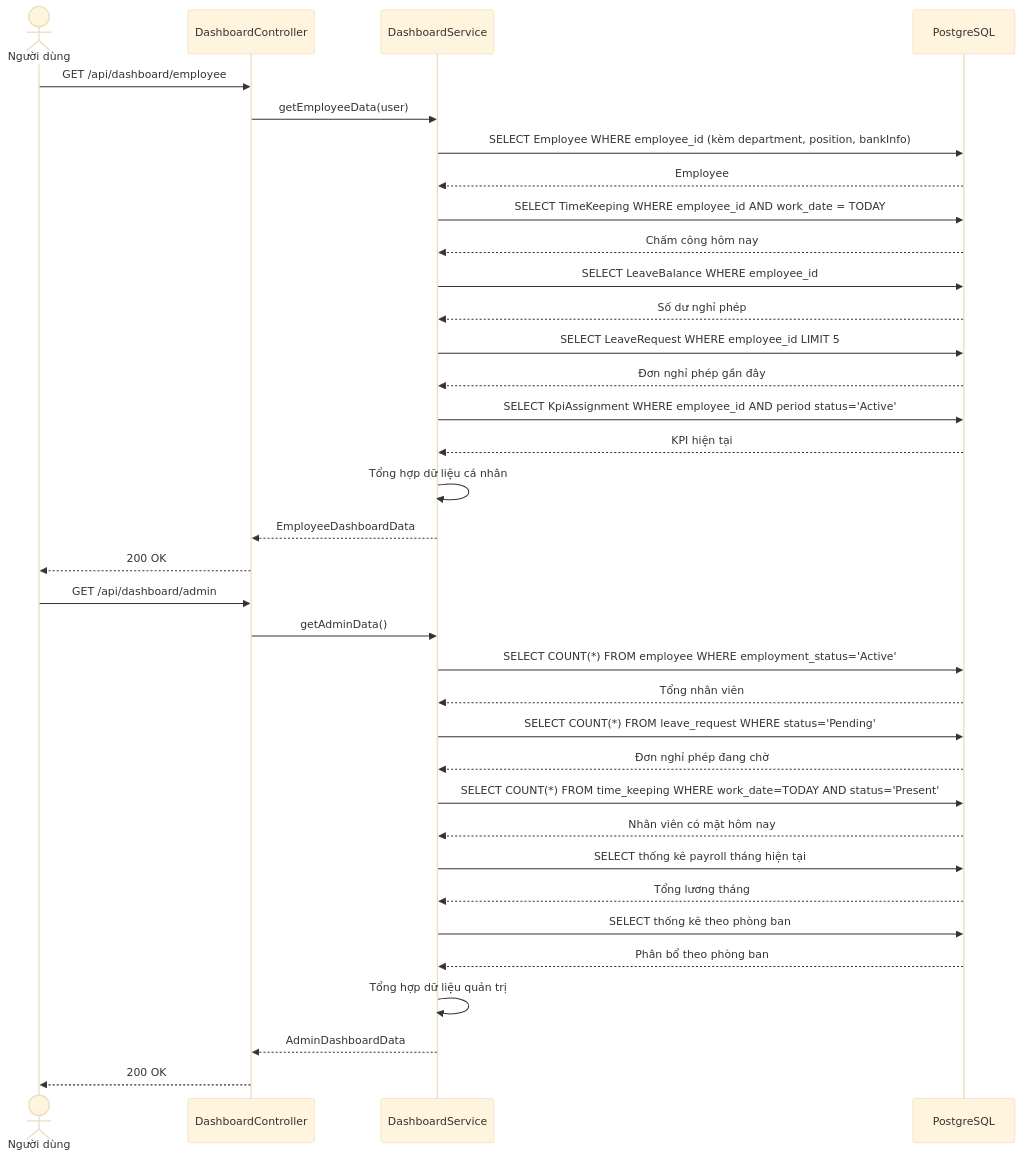
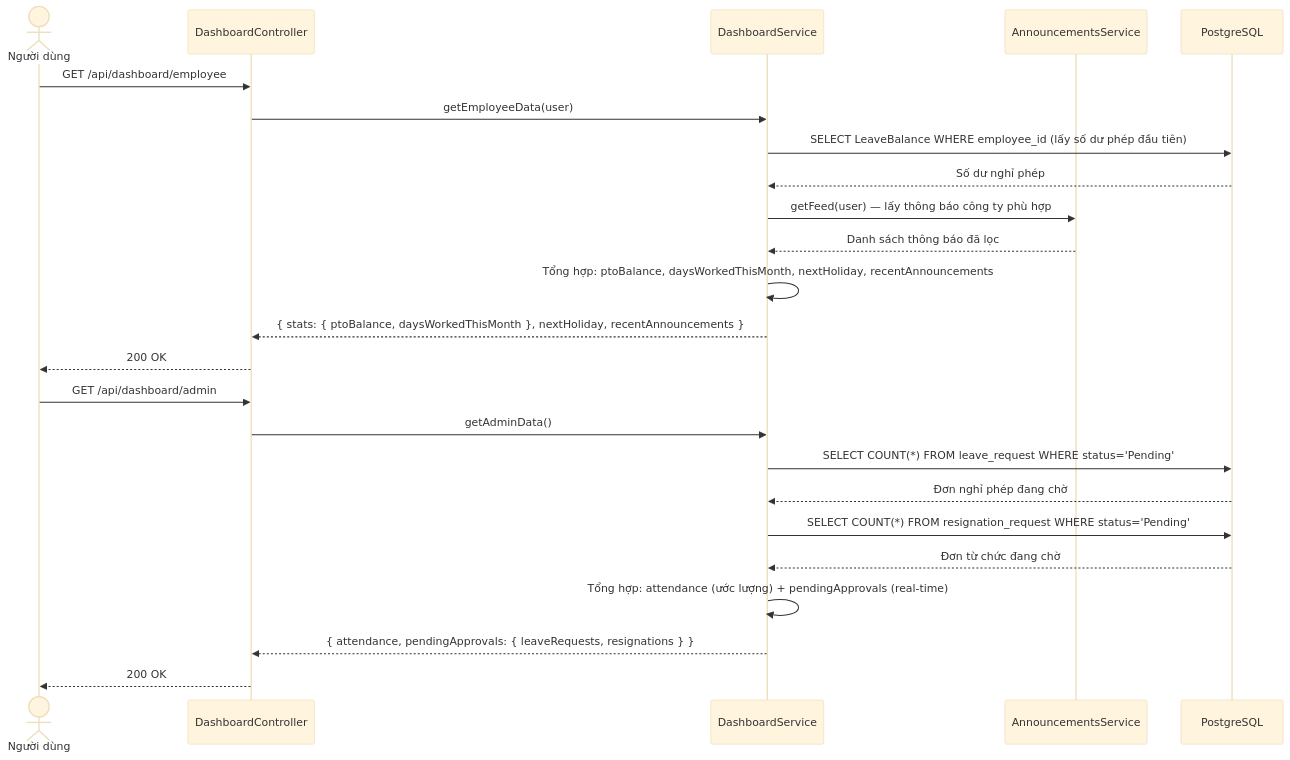
Diagram 14 of 16 in docs/sequence-diagrams.md (Luo-Zhii/HRM-Gene), drawn with Mermaid (base theme) before and after one commit. The commit also changed other lines of this file and 2 other files, not shown here.

````diff
--- a/docs/sequence-diagrams.md
+++ b/docs/sequence-diagrams.md
@@ -661,41 +663,30 @@
 ```mermaid
 sequenceDiagram
     actor U as Người dùng
     participant DC as DashboardController
     participant DS as DashboardService
+    participant AS as AnnouncementsService
     participant DB as PostgreSQL
 
     %% ── Dashboard nhân viên ──
     U->>DC: GET /api/dashboard/employee
     DC->>DS: getEmployeeData(user)
-    DS->>DB: SELECT Employee WHERE employee_id (kèm department, position, bankInfo)
-    DB-->>DS: Employee
-    DS->>DB: SELECT TimeKeeping WHERE employee_id AND work_date = TODAY
-    DB-->>DS: Chấm công hôm nay
-    DS->>DB: SELECT LeaveBalance WHERE employee_id
+    DS->>DB: SELECT LeaveBalance WHERE employee_id (lấy số dư phép đầu tiên)
     DB-->>DS: Số dư nghỉ phép
-    DS->>DB: SELECT LeaveRequest WHERE employee_id LIMIT 5
-    DB-->>DS: Đơn nghỉ phép gần đây
-    DS->>DB: SELECT KpiAssignment WHERE employee_id AND period status='Active'
-    DB-->>DS: KPI hiện tại
-    DS->>DS: Tổng hợp dữ liệu cá nhân
-    DS-->>DC: EmployeeDashboardData
+    DS->>AS: getFeed(user) — lấy thông báo công ty phù hợp
+    AS-->>DS: Danh sách thông báo đã lọc
+    DS->>DS: Tổng hợp: ptoBalance, daysWorkedThisMonth, nextHoliday, recentAnnouncements
+    DS-->>DC: { stats: { ptoBalance, daysWorkedThisMonth }, nextHoliday, recentAnnouncements }
     DC-->>U: 200 OK
 
     %% ── Dashboard quản trị ──
     U->>DC: GET /api/dashboard/admin
     DC->>DS: getAdminData()
-    DS->>DB: SELECT COUNT(*) FROM employee WHERE employment_status='Active'
-    DB-->>DS: Tổng nhân viên
     DS->>DB: SELECT COUNT(*) FROM leave_request WHERE status='Pending'
     DB-->>DS: Đơn nghỉ phép đang chờ
-    DS->>DB: SELECT COUNT(*) FROM time_keeping WHERE work_date=TODAY AND status='Present'
-    DB-->>DS: Nhân viên có mặt hôm nay
-    DS->>DB: SELECT thống kê payroll tháng hiện tại
-    DB-->>DS: Tổng lương tháng
-    DS->>DB: SELECT thống kê theo phòng ban
-    DB-->>DS: Phân bổ theo phòng ban
-    DS->>DS: Tổng hợp dữ liệu quản trị
-    DS-->>DC: AdminDashboardData
+    DS->>DB: SELECT COUNT(*) FROM resignation_request WHERE status='Pending'
+    DB-->>DS: Đơn từ chức đang chờ
+    DS->>DS: Tổng hợp: attendance (ước lượng) + pendingApprovals (real-time)
+    DS-->>DC: { attendance, pendingApprovals: { leaveRequests, resignations } }
     DC-->>U: 200 OK
 ```
````
